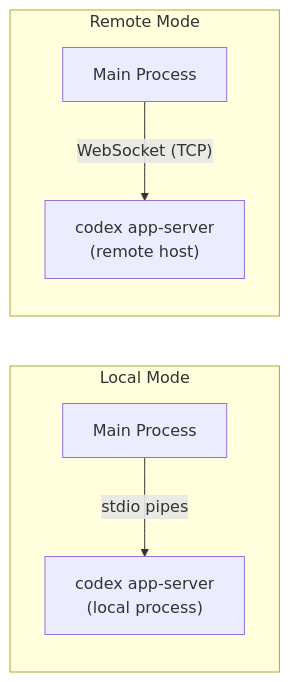
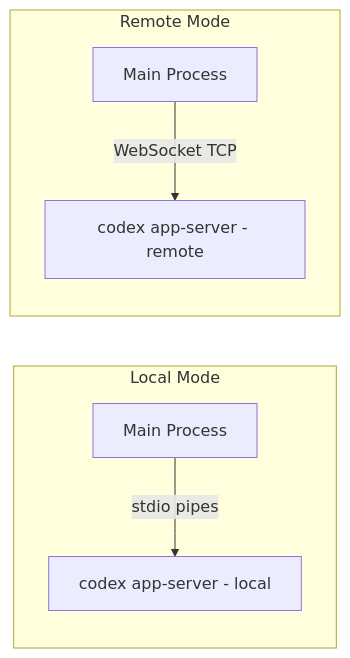
The third of 3 diagrams in 06-cli-bridge.md (ChrisFeldmeier/codex-research), drawn with Mermaid before and after one commit. The commit also changed other lines of this file and 10 other files, not shown here.

Commit message:
Refactor mermaid diagrams for improved clarity and consistency in label descriptions across various documentation files

````diff
--- a/06-cli-bridge.md
+++ b/06-cli-bridge.md
@@ -189,10 +189,10 @@
 ```mermaid
 flowchart LR
     subgraph "Local Mode"
-        MAIN_L["Main Process"] -->|"stdio pipes"| CLI_L["codex app-server<br/>(local process)"]
+        MAIN_L["Main Process"] -->|"stdio pipes"| CLI_L["codex app-server - local"]
     end
 
     subgraph "Remote Mode"
-        MAIN_R["Main Process"] -->|"WebSocket (TCP)"| CLI_R["codex app-server<br/>(remote host)"]
+        MAIN_R["Main Process"] -->|"WebSocket TCP"| CLI_R["codex app-server - remote"]
     end
 ```
````
